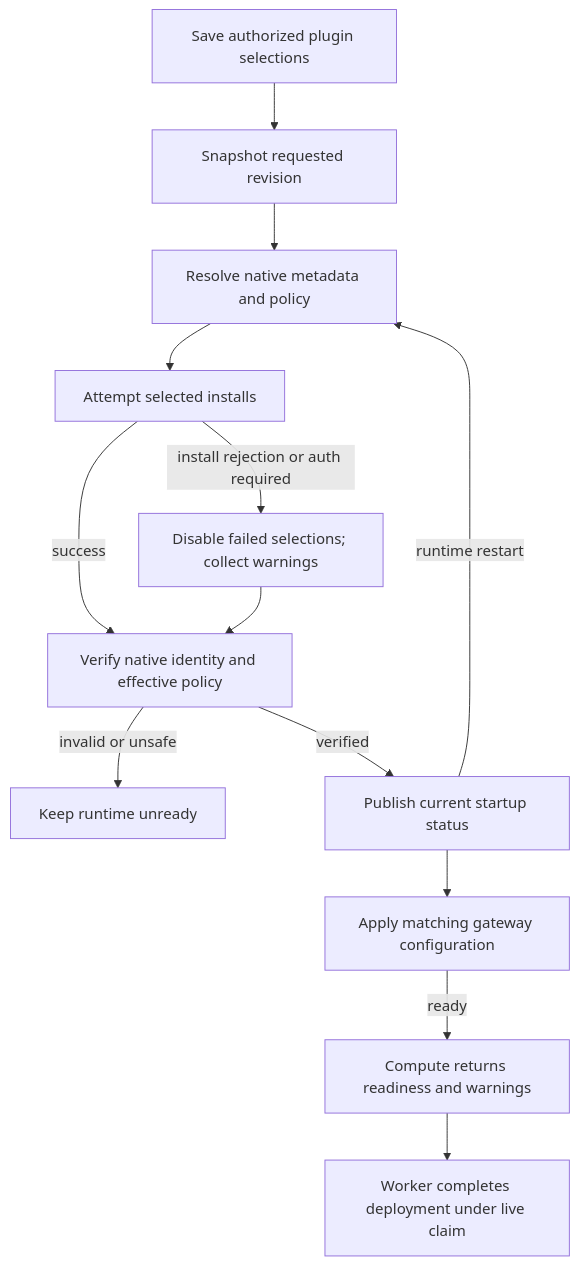
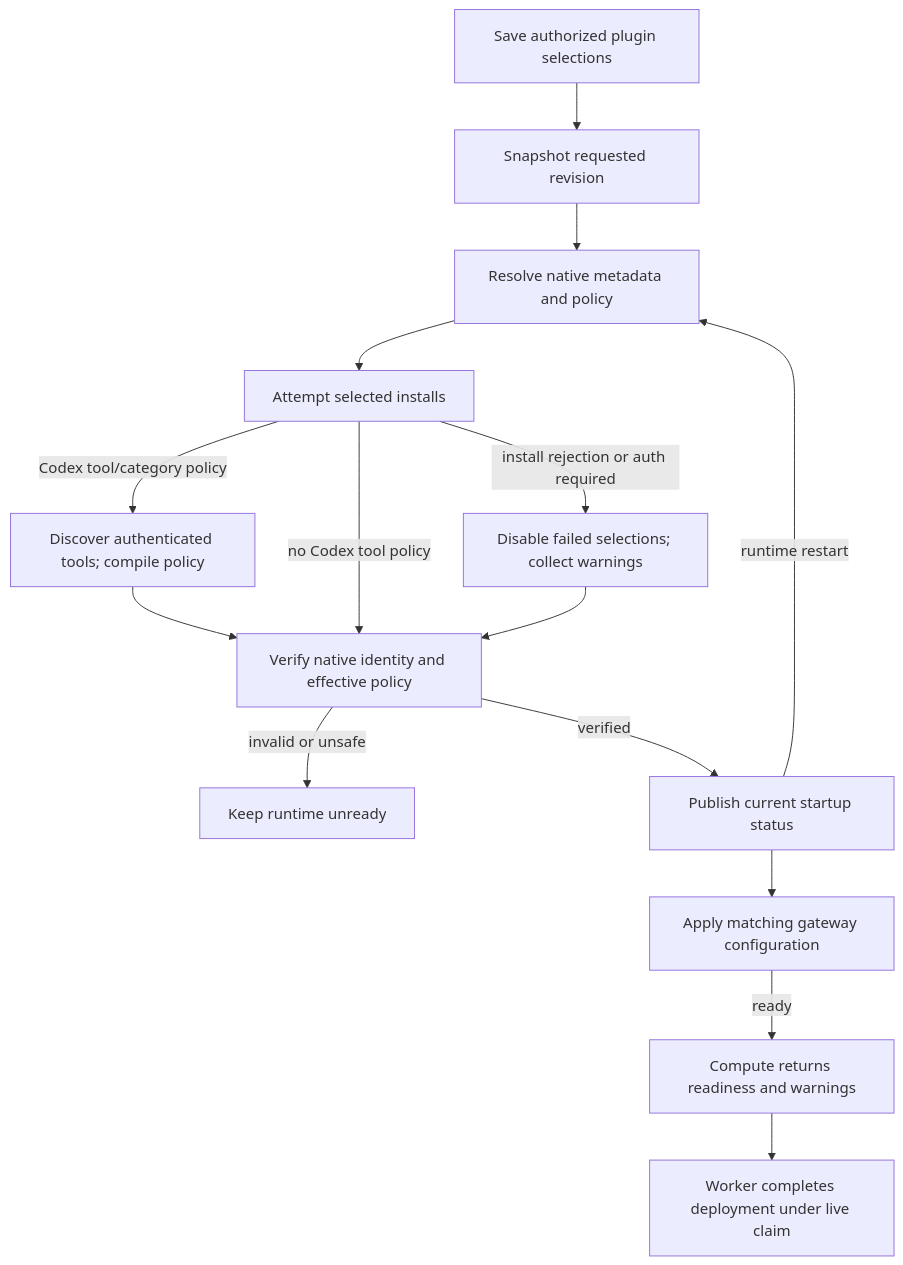
One commit to SebTardif/openclaw-enterprise changed the diagram in docs/flows/agent-plugins.md. Above: the diagram before and after it, drawn with Mermaid. The commit also changed other lines of this file and 15 other files, not shown here.

Commit message:
feat(plugins): translate Codex hosted-app tool policies

````diff
--- a/docs/flows/agent-plugins.md
+++ b/docs/flows/agent-plugins.md
@@ -33,15 +33,17 @@
 ```mermaid
 graph TD
   A["Save authorized plugin selections"] --> B["Snapshot requested revision"]
   B --> C["Resolve native metadata and policy"]
   C --> D["Attempt selected installs"]
+  D -->|Codex tool/category policy| T["Discover authenticated tools; compile policy"]
+  T --> F
   D -->|install rejection or auth required| E["Disable failed selections; collect warnings"]
-  D -->|success| F["Verify native identity and effective policy"]
+  D -->|no Codex tool policy| F["Verify native identity and effective policy"]
   E --> F
   F -->|invalid or unsafe| X["Keep runtime unready"]
   F -->|verified| G["Publish current startup status"]
   G --> H["Apply matching gateway configuration"]
   H -->|ready| I["Compute returns readiness and warnings"]
   I --> J["Worker completes deployment under live claim"]
   G -->|runtime restart| C
 ```
````
